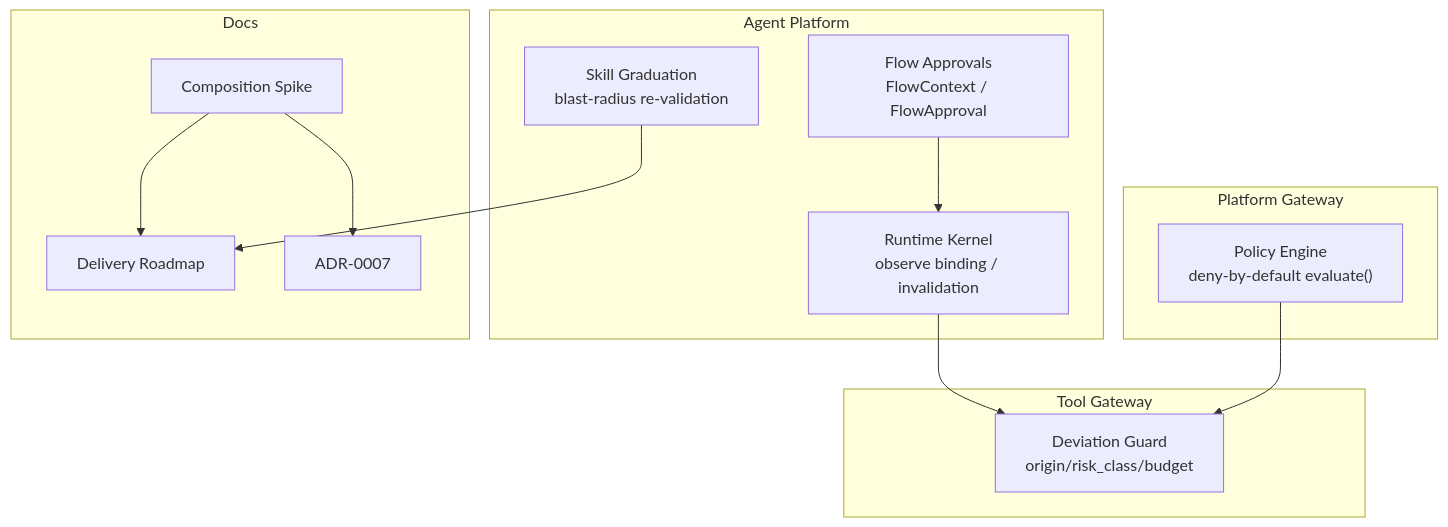
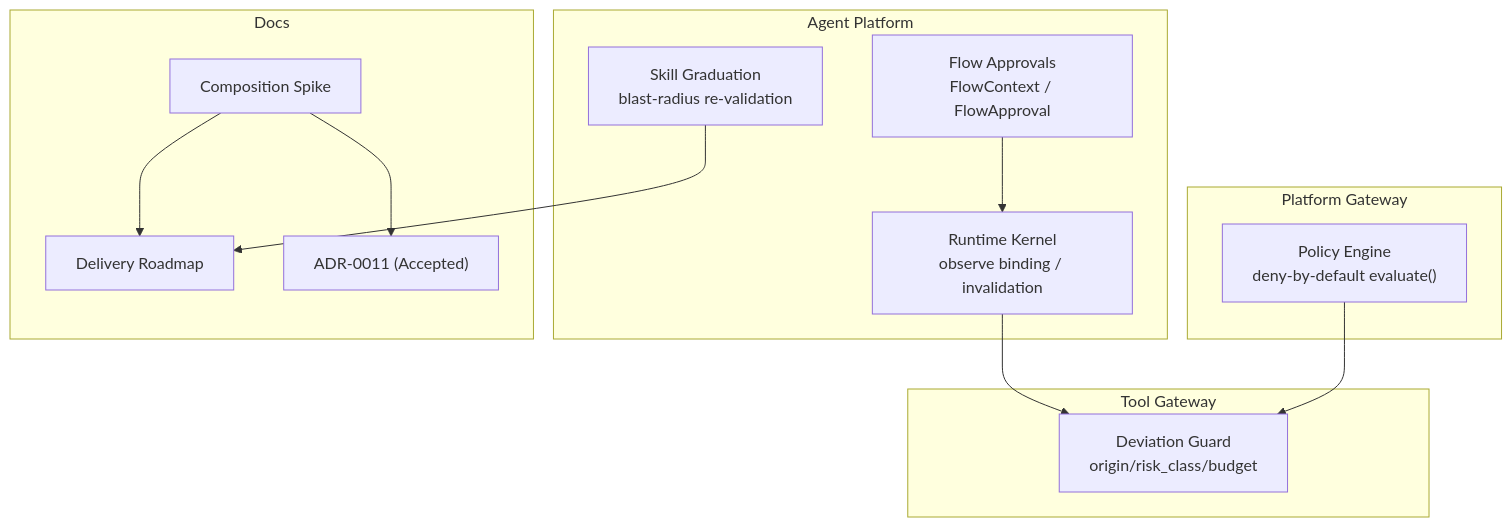
Before and after one commit to metasync/luban-aiops: the first of 8 diagrams in .qoder/repowiki/en/content/Architecture Documentation/Composition Trust Model Spike.md, drawn with Mermaid. The commit also changed other lines of this file and 25 other files, not shown here.

````diff
--- a/.qoder/repowiki/en/content/Architecture Documentation/Composition Trust Model Spike.md
+++ b/.qoder/repowiki/en/content/Architecture Documentation/Composition Trust Model Spike.md
@@ -46,25 +54,25 @@
 ```mermaid
 graph TB
 subgraph "Agent Platform"
 FA["Flow Approvals<br/>FlowContext / FlowApproval"]
 RK["Runtime Kernel<br/>observe binding / invalidation"]
 SG["Skill Graduation<br/>blast-radius re-validation"]
 end
 subgraph "Platform Gateway"
 PE["Policy Engine<br/>deny-by-default evaluate()"]
 end
 subgraph "Tool Gateway"
 TG["Deviation Guard<br/>origin/risk_class/budget"]
 end
 subgraph "Docs"
 DR["Delivery Roadmap"]
-ADR["ADR-0007"]
+ADR["ADR-0011 (Accepted)"]
 SPIKE["Composition Spike"]
 end
 SPIKE --> DR
 SPIKE --> ADR
 FA --> RK
 RK --> TG
 PE --> TG
 SG --> DR
 ```
````
